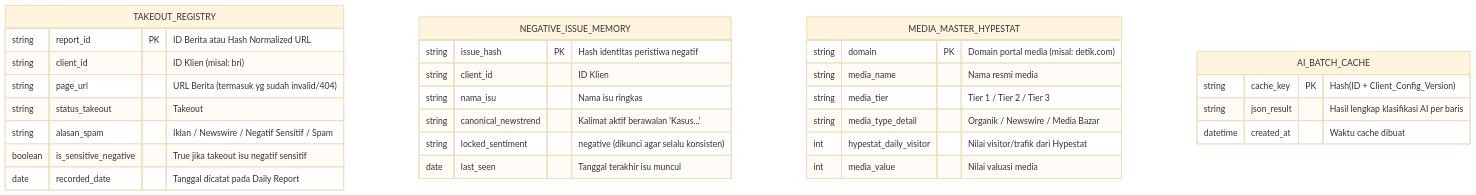
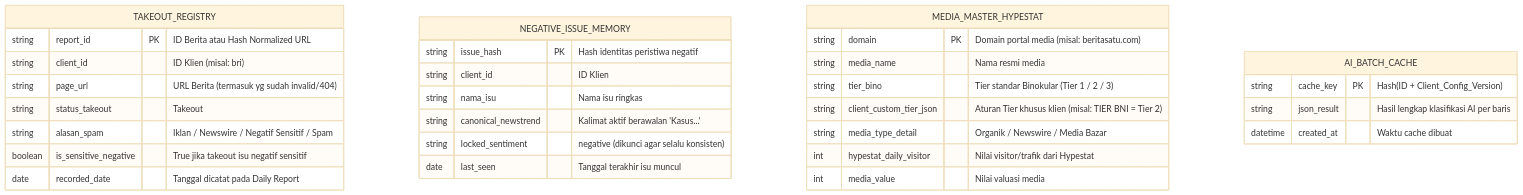
One commit to Rambu464/automation-report changed the first of 3 diagrams in docs/phase-2-design/SAD.md. Above: the diagram before and after it, drawn with Mermaid (base theme). The commit also changed other lines of this file and 3 other files, not shown here.

Commit message:
docs: add Triple Deliverables with Wording, custom media tier, and DeepSeek cost basis

````diff
--- a/docs/phase-2-design/SAD.md
+++ b/docs/phase-2-design/SAD.md
@@ -33,36 +33,37 @@
 ```mermaid
 erDiagram
     TAKEOUT_REGISTRY {
         string report_id PK "ID Berita atau Hash Normalized URL"
         string client_id "ID Klien (misal: bri)"
         string page_url "URL Berita (termasuk yg sudah invalid/404)"
         string status_takeout "Takeout"
         string alasan_spam "Iklan / Newswire / Negatif Sensitif / Spam"
         boolean is_sensitive_negative "True jika takeout isu negatif sensitif"
         date recorded_date "Tanggal dicatat pada Daily Report"
     }
 
     NEGATIVE_ISSUE_MEMORY {
         string issue_hash PK "Hash identitas peristiwa negatif"
         string client_id "ID Klien"
         string nama_isu "Nama isu ringkas"
         string canonical_newstrend "Kalimat aktif berawalan 'Kasus...'"
         string locked_sentiment "negative (dikunci agar selalu konsisten)"
         date last_seen "Tanggal terakhir isu muncul"
     }
 
     MEDIA_MASTER_HYPESTAT {
-        string domain PK "Domain portal media (misal: detik.com)"
+        string domain PK "Domain portal media (misal: beritasatu.com)"
         string media_name "Nama resmi media"
-        string media_tier "Tier 1 / Tier 2 / Tier 3"
+        string tier_bino "Tier standar Binokular (Tier 1 / 2 / 3)"
+        string client_custom_tier_json "Aturan Tier khusus klien (misal: TIER BNI = Tier 2)"
         string media_type_detail "Organik / Newswire / Media Bazar"
         int hypestat_daily_visitor "Nilai visitor/trafik dari Hypestat"
         int media_value "Nilai valuasi media"
     }
 
     AI_BATCH_CACHE {
         string cache_key PK "Hash(ID + Client_Config_Version)"
         string json_result "Hasil lengkap klasifikasi AI per baris"
         datetime created_at "Waktu cache dibuat"
     }
 ```
````
